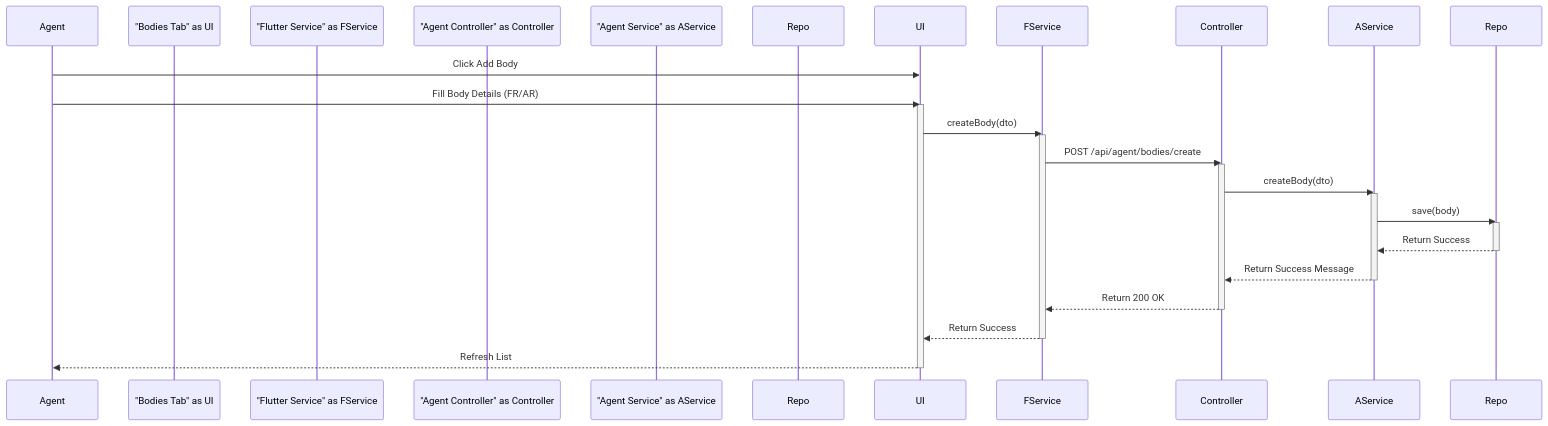
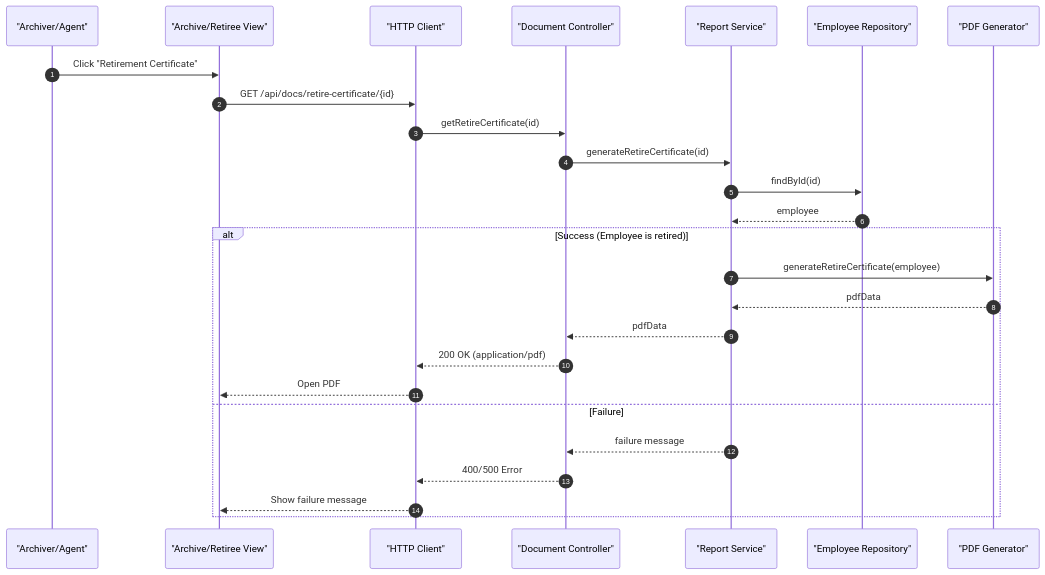
Diagram 14 of 15 in diagrams/04_Chapter2_Modeling.md (AmirtterK/human-resources-management), drawn with Mermaid before and after one commit. The commit also changed other lines of this file and 2 other files, not shown here.

````diff
--- a/diagrams/04_Chapter2_Modeling.md
+++ b/diagrams/04_Chapter2_Modeling.md
@@ -342,35 +574,30 @@
 ```mermaid
 sequenceDiagram
-    participant Agent
-    participant "Bodies Tab" as UI
-    participant "Flutter Service" as FService
-    participant "Agent Controller" as Controller
-    participant "Agent Service" as AService
-    participant "Repository" as Repo
-    
-    Agent->>UI: Click Add Body
-    Agent->>UI: Fill Body Details (FR/AR)
-    activate UI
-    UI->>FService: createBody(dto)
-    activate FService
-    
-    FService->>Controller: POST /api/agent/bodies/create
-    activate Controller
-    Controller->>AService: createBody(dto)
-    activate AService
-    
-    AService->>Repo: save(body)
-    activate Repo
-    Repo-->>AService: Return Success
-    deactivate Repo
-    
-    AService-->>Controller: Return Success Message
-    deactivate AService
-    Controller-->>FService: Return 200 OK
-    deactivate Controller
-    
-    FService-->>UI: Return Success
-    deactivate FService
-    UI-->>Agent: Refresh List
-    deactivate UI
+    autonumber
+    participant User as "Archiver/Agent"
+    participant UI as "Archive/Retiree View"
+    participant HTTP as "HTTP Client"
+    participant Ctrl as "Document Controller"
+    participant Svc as "Report Service"
+    participant Repo as "Employee Repository"
+    participant PDF as "PDF Generator"
+
+    User->>UI: Click "Retirement Certificate"
+    UI->>HTTP: GET /api/docs/retire-certificate/{id}
+    HTTP->>Ctrl: getRetireCertificate(id)
+    Ctrl->>Svc: generateRetireCertificate(id)
+    Svc->>Repo: findById(id)
+    Repo-->>Svc: employee
+
+    alt Success (Employee is retired)
+        Svc->>PDF: generateRetireCertificate(employee)
+        PDF-->>Svc: pdfData
+        Svc-->>Ctrl: pdfData
+        Ctrl-->>HTTP: 200 OK (application/pdf)
+        HTTP-->>UI: Open PDF
+    else Failure
+        Svc-->>Ctrl: failure message
+        Ctrl-->>HTTP: 400/500 Error
+        HTTP-->>UI: Show failure message
+    end
 ```
````
